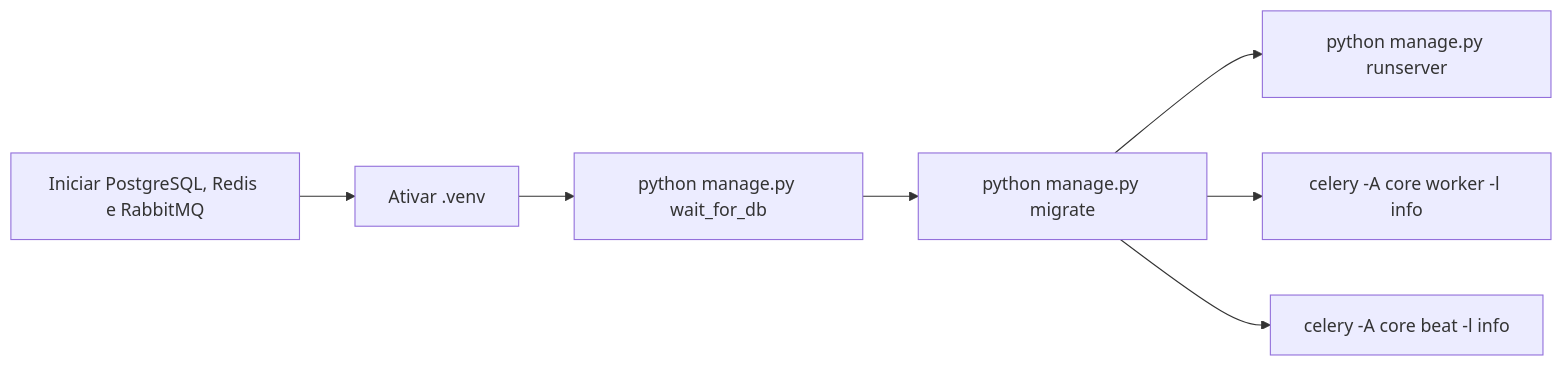
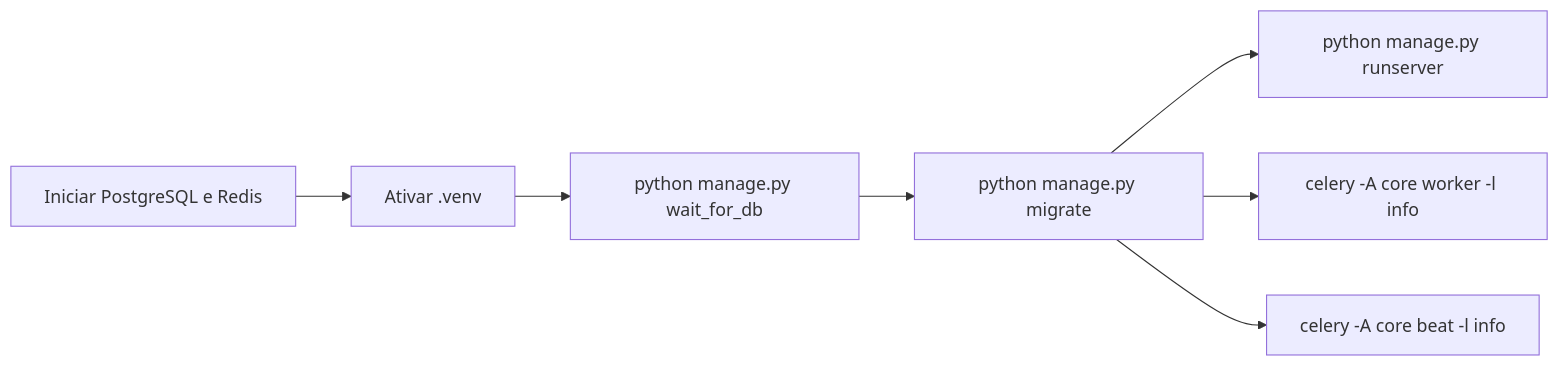
The sixth of 6 diagrams in PRD.md (LeticiaCasteloSilva/SCSI), drawn with Mermaid before and after one commit. The commit also changed other lines of this file and 9 other files, not shown here.

Commit message:
refactor: remove RabbitMQ e adota Redis como broker unico do Celery

````diff
--- a/PRD.md
+++ b/PRD.md
@@ -835,9 +836,9 @@
 ```mermaid
 graph LR
-    A[Iniciar PostgreSQL, Redis e RabbitMQ] --> B[Ativar .venv]
+    A[Iniciar PostgreSQL e Redis] --> B[Ativar .venv]
     B --> C[python manage.py wait_for_db]
     C --> D[python manage.py migrate]
     D --> E[python manage.py runserver]
     D --> F[celery -A core worker -l info]
     D --> G[celery -A core beat -l info]
 ```
````
